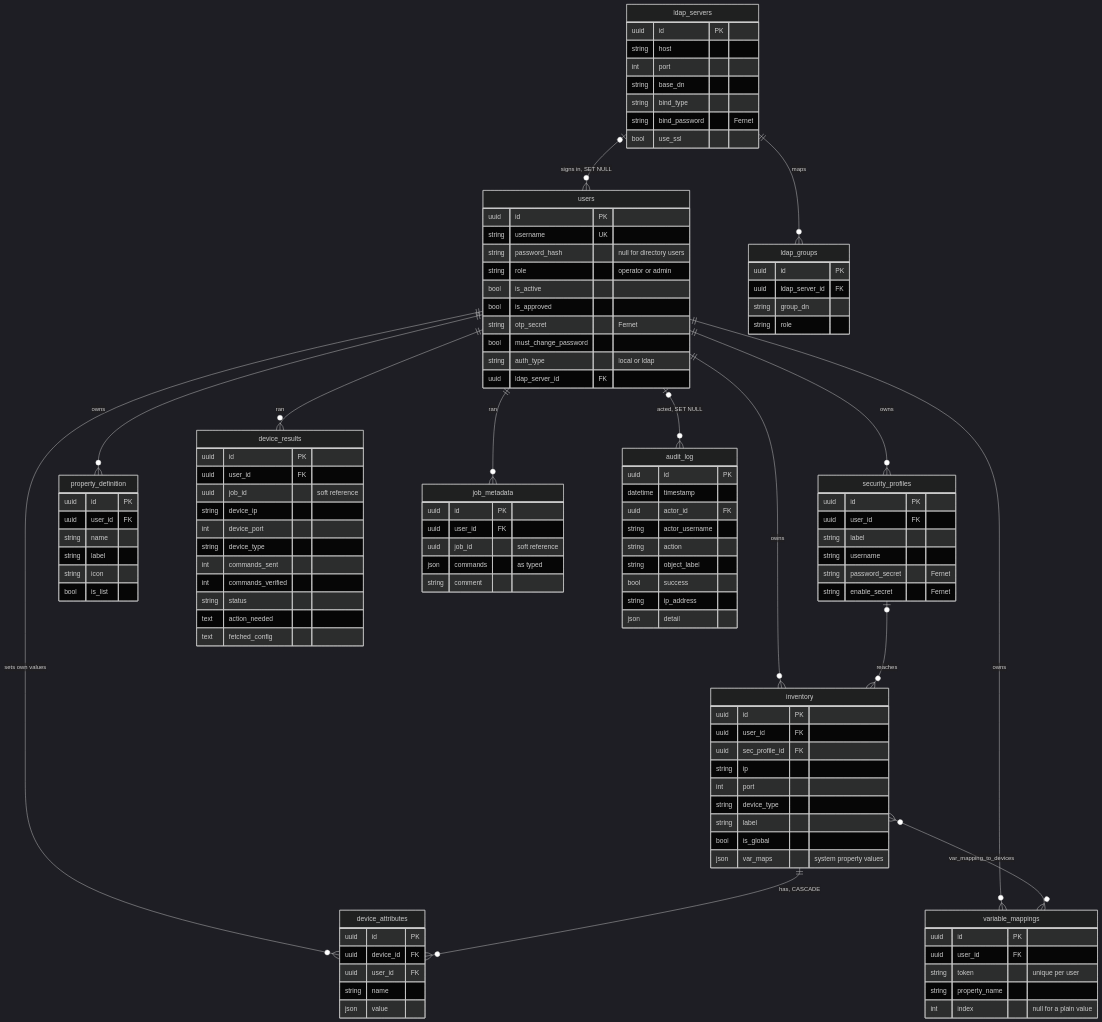
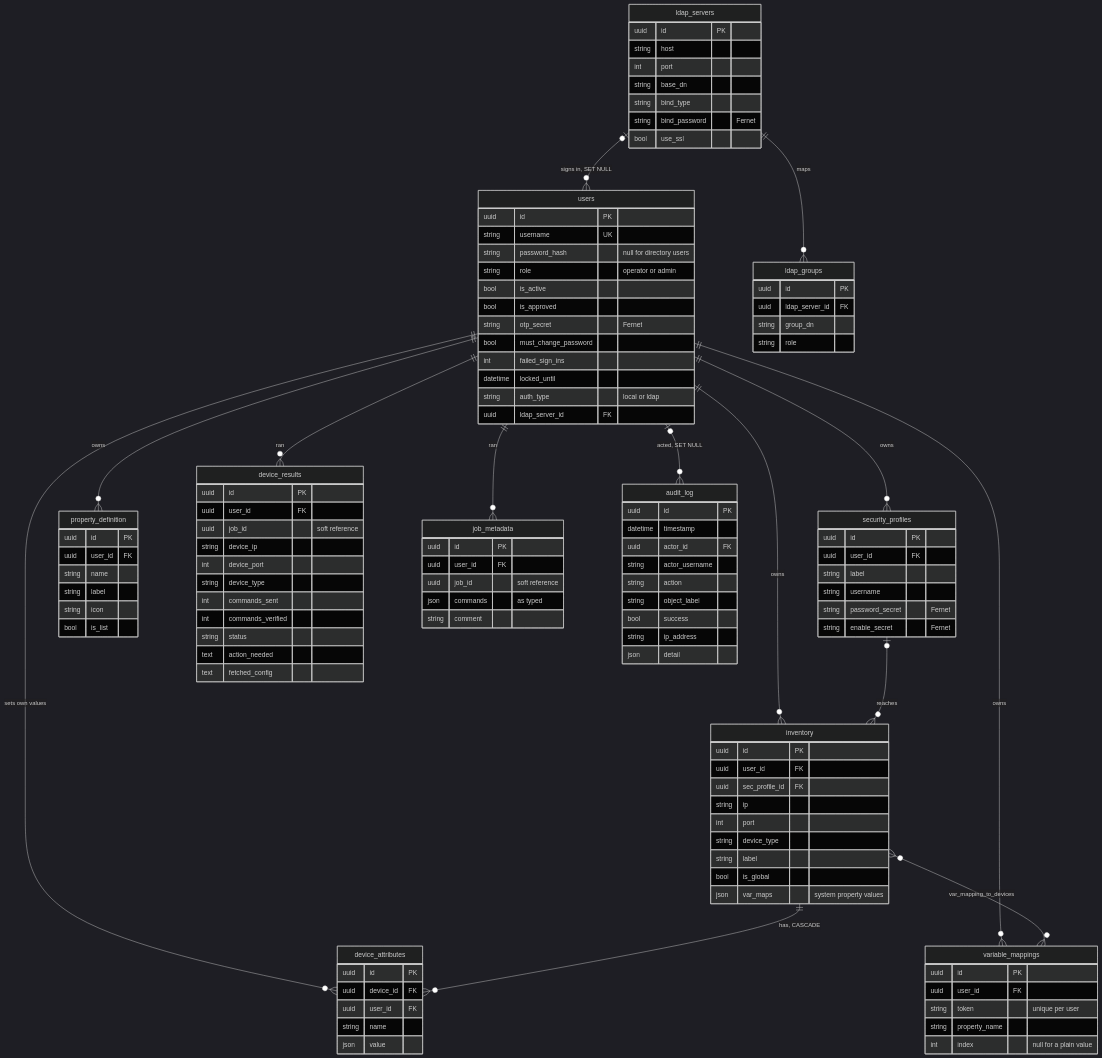
Diagram 15 of 15 in docs/architecture.md (itamar14-byte/NetRollout), drawn with Mermaid (dark theme) before and after one commit. The commit also changed other lines of this file, not shown here.

Commit message:
Architecture: the users table's lockout columns (failed_sign_ins, locked_until)

```diff
--- a/docs/architecture.md
+++ b/docs/architecture.md
@@ -1220,6 +1220,8 @@
         bool is_approved
         string otp_secret "Fernet"
         bool must_change_password
+        int failed_sign_ins
+        datetime locked_until
         string auth_type "local or ldap"
         uuid ldap_server_id FK
     }
```
